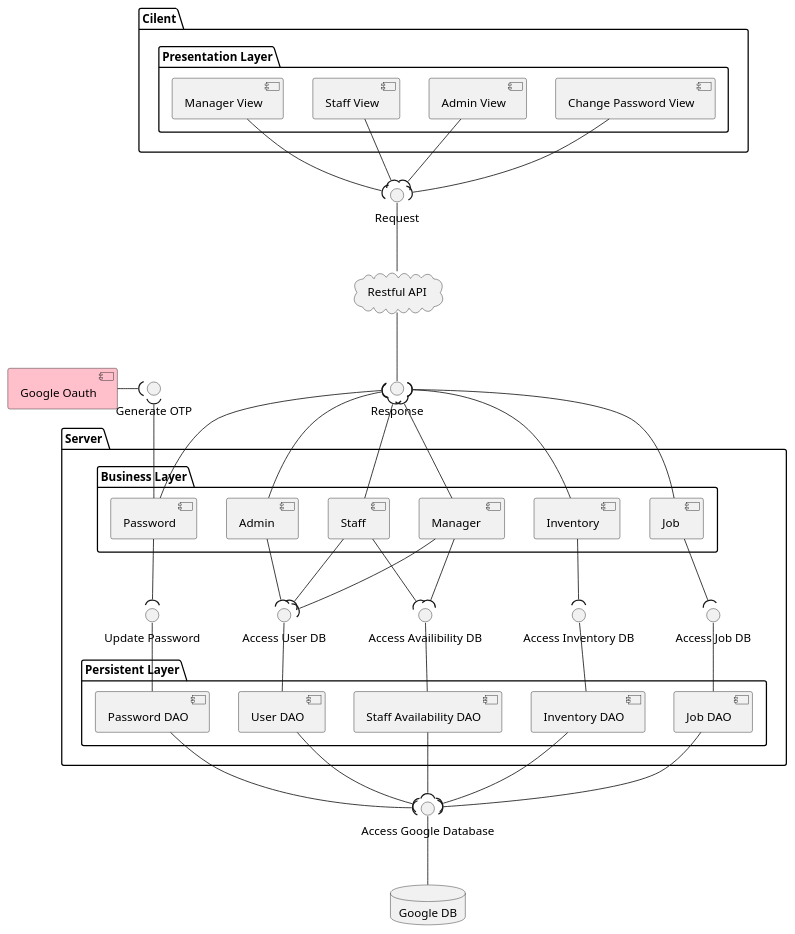
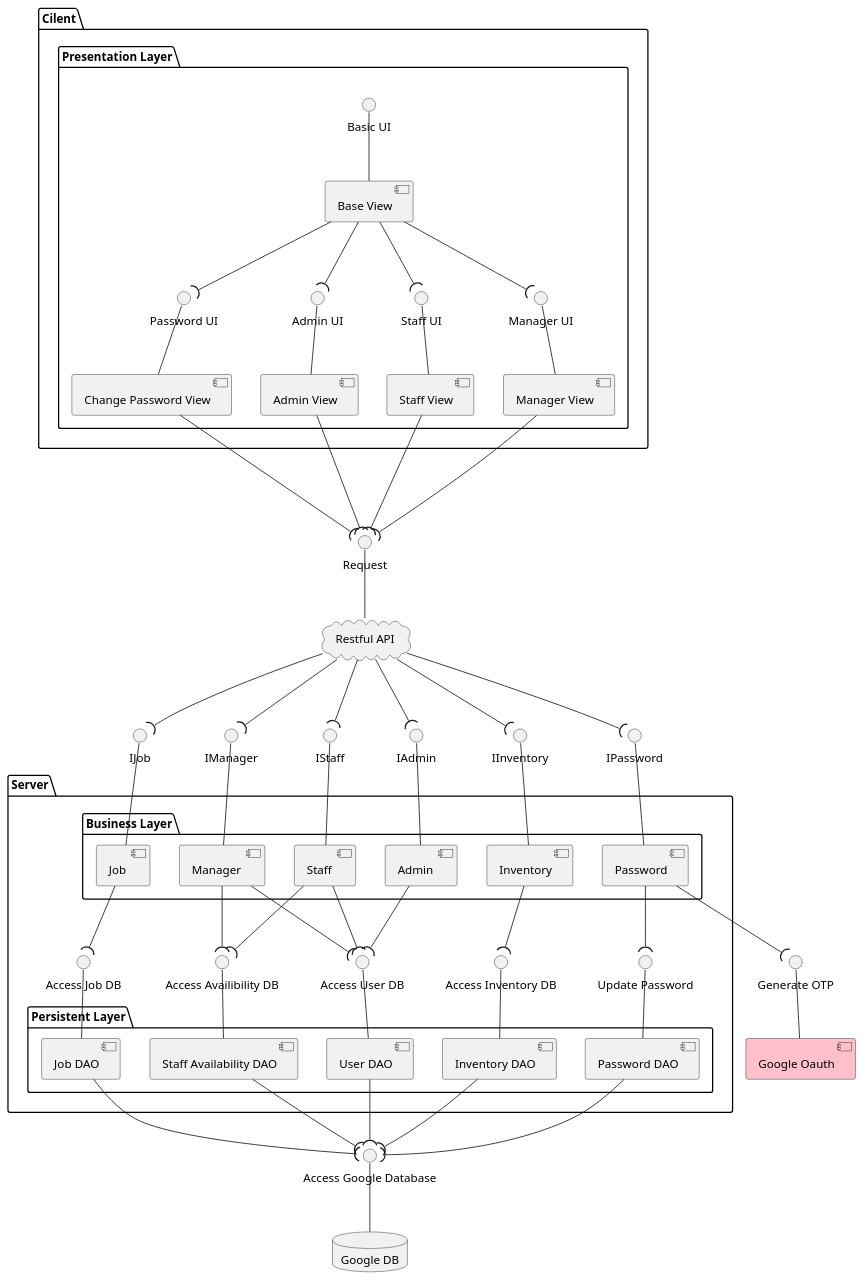
One commit to tryhardlaijun/Y2Trim1SoftEngPlantUml changed the diagram in 2101/M2Component.Plantuml. Above: the diagram before and after it, drawn with PlantUML. The commit also changed 2 other files, not shown here.

Commit message:
M2 plantUML

```diff
--- a/2101/M2Component.Plantuml
+++ b/2101/M2Component.Plantuml
@@ -1,102 +1,135 @@
 @startuml
 top to bottom direction
 
 'Interface
 
 'Declaring things
 database "Google DB" as db
 [Google Oauth] as Google #Pink
 
 package "Cilent" as Cilent{
+  
   package  "Presentation Layer"  as Presentation{
+    Interface "Basic UI" as UserInterface
+    Interface "Password UI" as PasswordUI
+    Interface "Admin UI" as AdminUI
+    Interface "Staff UI" as StaffUI
+    Interface "Manager UI" as ManagerUI
+
+    [Base View] as BasicView
     [Change Password View] as PasswordView
     [Admin View] as AdminView
     [Staff View] as StaffView
     [Manager View] as ManagerView
+
+    AdminView -u- AdminUI
+    PasswordView -u- PasswordUI
+    StaffView -u- StaffUI
+    ManagerView -u- ManagerUI
+
+    BasicView -d-( AdminUI
+    BasicView -d-( PasswordUI
+    BasicView -d-( StaffUI
+    BasicView -d-( ManagerUI
+
+    BasicView -u- UserInterface
+
 
   }
 }
 
 package "Server" as server{
   Interface "Access User DB" as EditUser
   Interface "Access Job DB" as UpdateJob
   Interface "Update Password" as UpdatePassword
   Interface "Access Inventory DB" as UpdateInventory
   Interface "Access Availibility DB" as UpdateStaffAvailabliy
 
   package  "Business Layer" as Business {
     [Admin ] as Admin
     [Staff ] as Staff
     [Manager ] as Manager
     [Job ] as Job
     [Inventory] as Inventory
     [Password] as Password
     Admin -d-( EditUser
     Staff -d-( EditUser
     Manager -d-( EditUser
     Staff -d-( UpdateStaffAvailabliy
     Manager -d-( UpdateStaffAvailabliy
     Job -d-( UpdateJob
     Inventory -d-( UpdateInventory
     Password -d-( UpdatePassword
 
 
   }
 
   package "Persistent Layer" as Persistent {
     [User DAO] as UserDAO
     [Job DAO] as JobDAO
     [Password DAO] as PasswordDAO
     [Inventory DAO] as InventoryDAO
     [Staff Availability DAO] as StaffAvailabilityDAO
     UserDAO -u- EditUser
     JobDAO -u- UpdateJob
     PasswordDAO -u- UpdatePassword
     InventoryDAO -u- UpdateInventory
     StaffAvailabilityDAO -u- UpdateStaffAvailabliy
   }
 
 }
 
 cloud "Restful API" as RestfulAPI{
 }
 ' Business <-d->  Persistent
 
 ' Persistent <-> db
 
 
 Interface "Generate OTP" as OTP
 Interface "Request" as HTTPRequest
-Interface "Response" as HTTPResponse
 Interface "Access Google Database" as AccessDB
 
-RestfulAPI -d- HTTPResponse
 RestfulAPI -u- HTTPRequest
-
-PasswordView -d-( HTTPRequest
+PasswordView --d-( HTTPRequest
 StaffView -d-( HTTPRequest
 AdminView -d-( HTTPRequest
 ManagerView -d-( HTTPRequest
 
 
-Admin  -u-( HTTPResponse
-Staff -u-( HTTPResponse
-Manager -u-( HTTPResponse
-Job -u-( HTTPResponse
-Inventory -u-( HTTPResponse
-Password -u-( HTTPResponse
+Interface "IManager" as IManager
+Interface "IStaff" as IStaff
+Interface "IAdmin" as IAdmin
+Interface "IJob" as IJob
+Interface "IPassword" as IPassword
+Interface "IInventory" as IInventory
 
-Password -u-( OTP
-Google -( OTP
+Admin  -u- IAdmin
+Staff -u- IStaff
+Manager -u- IManager
+Job -u- IJob
+Inventory -u- IInventory
+Password -u- IPassword
+
+RestfulAPI  -d-( IAdmin
+RestfulAPI -d-( IStaff
+RestfulAPI -d-( IManager
+RestfulAPI -d-( IJob
+RestfulAPI -d-( IInventory
+RestfulAPI -d-( IPassword
+
+
+Password -d-( OTP
+Google -u- OTP
 
 
 UserDAO -d-( AccessDB
 JobDAO -d-( AccessDB
 PasswordDAO -d-( AccessDB
 InventoryDAO -d-( AccessDB
 StaffAvailabilityDAO -d-( AccessDB
 
 db -u- AccessDB
 
 
 @enduml
```
